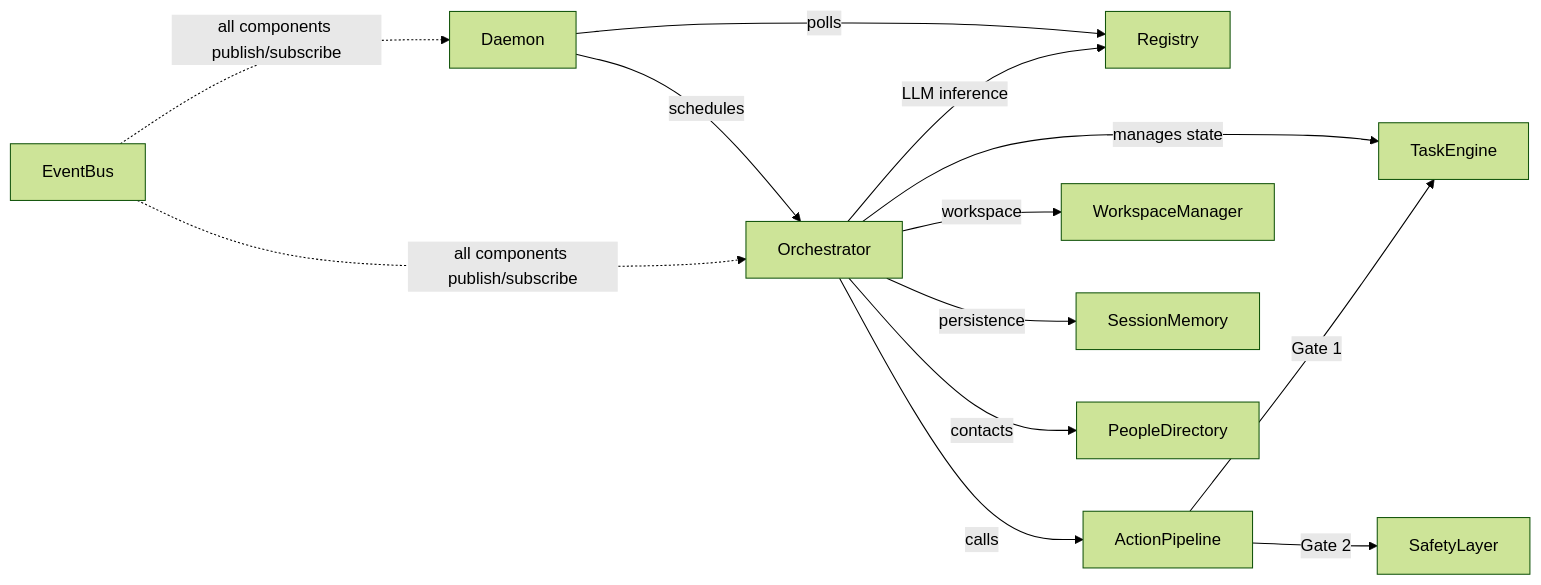
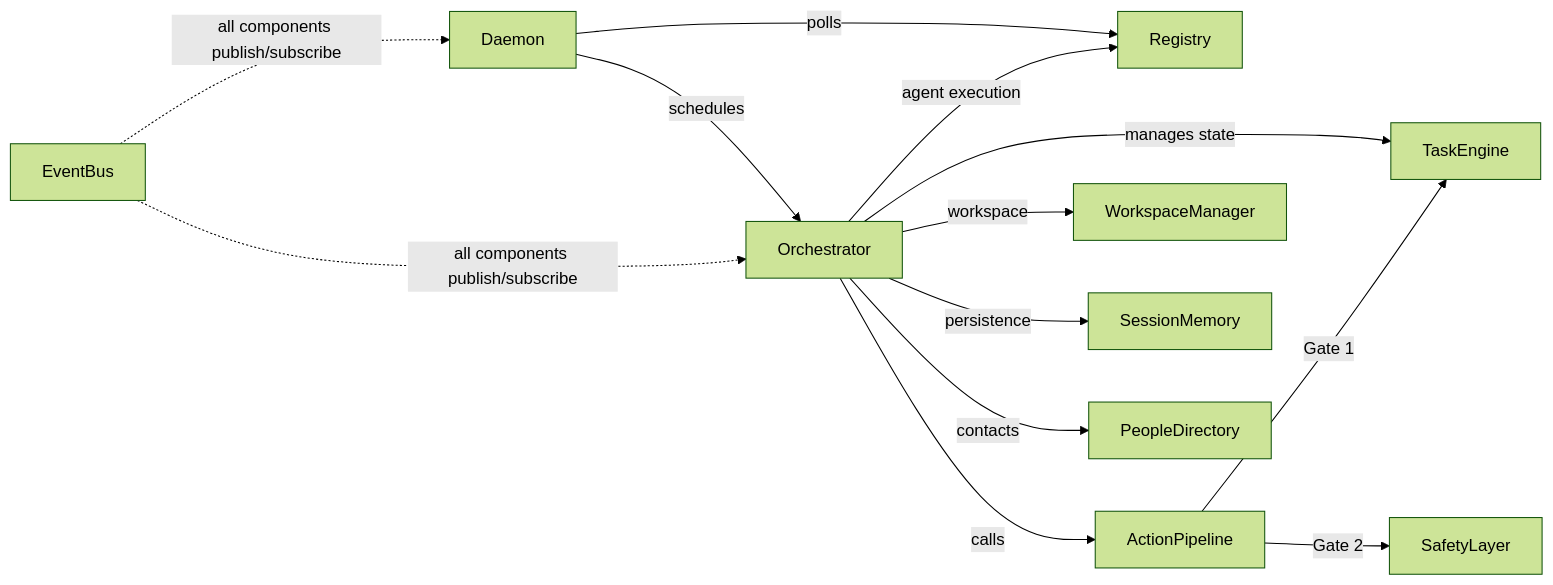
One commit to FarzamMohammadi/the-engineer changed the second of 4 diagrams in docs/architecture/overview.md. Above: the diagram before and after it, drawn with Mermaid (forest theme). The commit also changed other lines of this file and 176 other files, not shown here.

````diff
--- a/docs/architecture/overview.md
+++ b/docs/architecture/overview.md
@@ -66,15 +66,15 @@
 ```mermaid
 graph LR
     Daemon -->|schedules| Orchestrator
     Daemon -->|polls| Registry
     Orchestrator -->|manages state| TaskEngine
     Orchestrator -->|calls| ActionPipeline
-    Orchestrator -->|LLM inference| Registry
+    Orchestrator -->|agent execution| Registry
     ActionPipeline -->|Gate 1| TaskEngine
     ActionPipeline -->|Gate 2| SafetyLayer
     Orchestrator -->|workspace| WorkspaceManager
     Orchestrator -->|persistence| SessionMemory
     Orchestrator -->|contacts| PeopleDirectory
     EventBus -.->|all components publish/subscribe| Daemon
     EventBus -.->|all components publish/subscribe| Orchestrator
 ```
````
